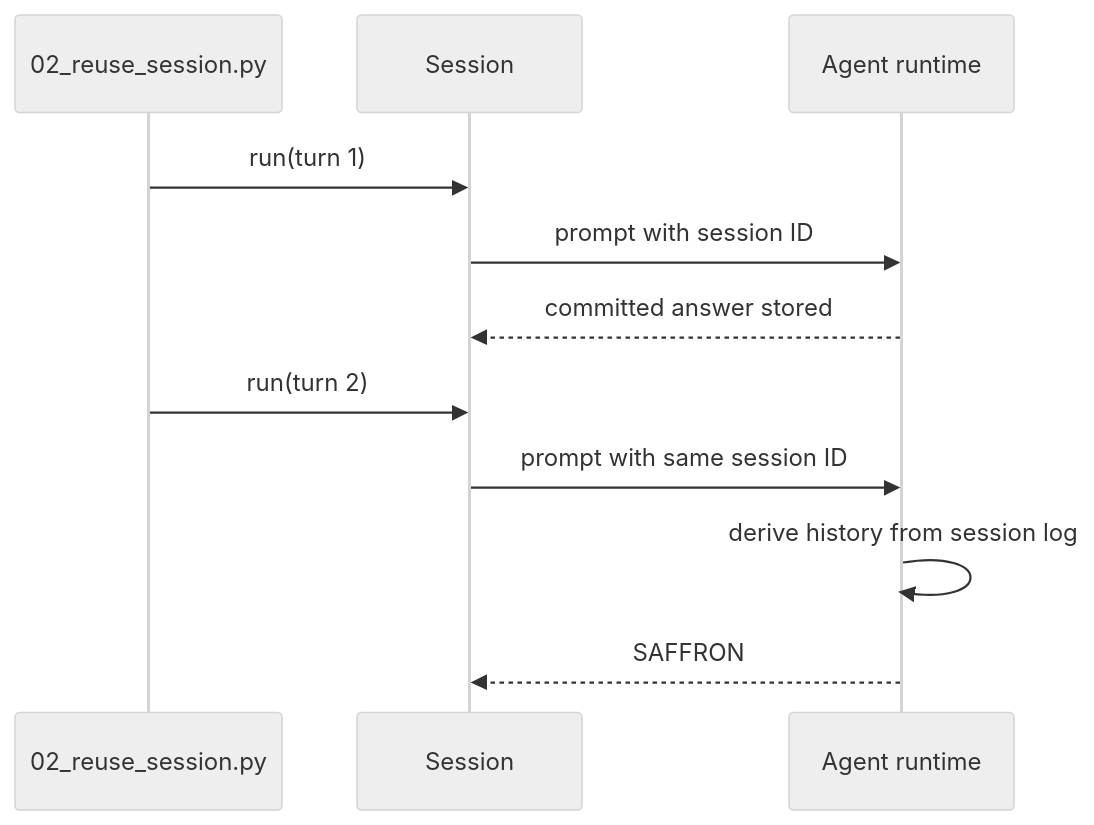
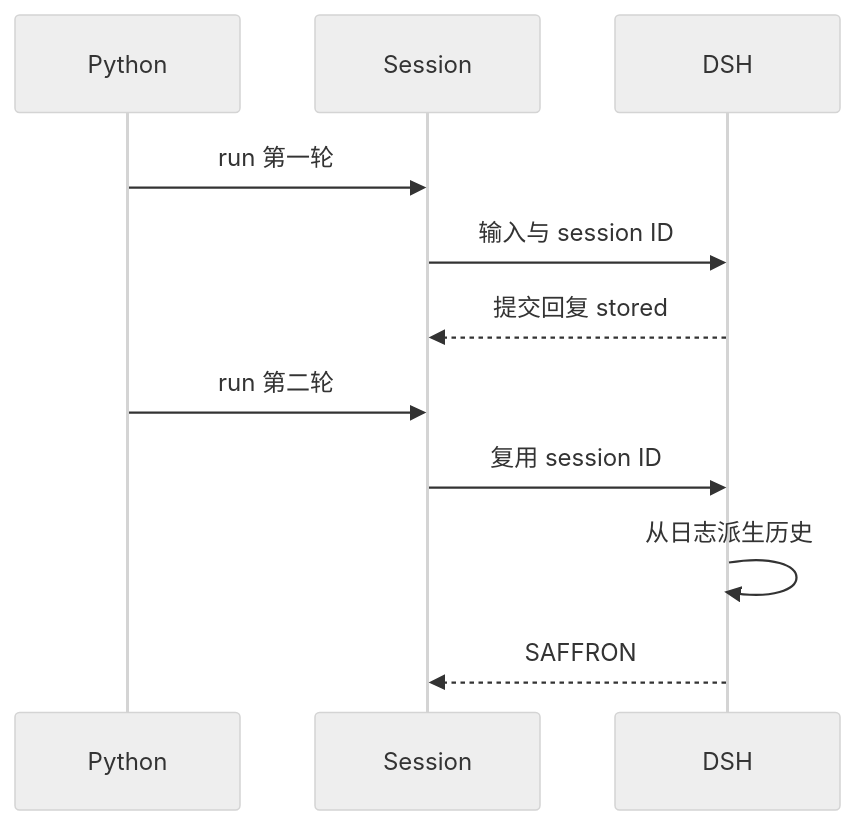
Before and after one commit to eriklee1895/hands-on-dsh: the diagram in tutorials/python-sdk/tutorials/02-reuse-session.zh.md, drawn with Mermaid (neutral theme). The commit also changed other lines of this file and 86 other files, not shown here.

Commit message:
docs: improve course narrative, technical guidance, and diagrams

````diff
--- a/tutorials/python-sdk/tutorials/02-reuse-session.zh.md
+++ b/tutorials/python-sdk/tutorials/02-reuse-session.zh.md
@@ -27,13 +39,13 @@
 ```mermaid
 sequenceDiagram
-    participant App as 02_reuse_session.py
+    participant App as Python
     participant SDK as Session
-    participant Runtime as Agent runtime
-    App->>SDK: run(turn 1)
-    SDK->>Runtime: prompt with session ID
-    Runtime-->>SDK: committed answer stored
-    App->>SDK: run(turn 2)
-    SDK->>Runtime: prompt with same session ID
-    Runtime->>Runtime: derive history from session log
+    participant Runtime as DSH
+    App->>SDK: run 第一轮
+    SDK->>Runtime: 输入与 session ID
+    Runtime-->>SDK: 提交回复 stored
+    App->>SDK: run 第二轮
+    SDK->>Runtime: 复用 session ID
+    Runtime->>Runtime: 从日志派生历史
     Runtime-->>SDK: SAFFRON
 ```
````
